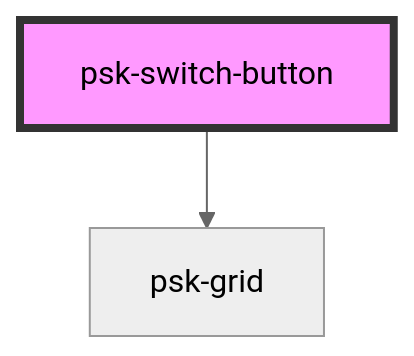
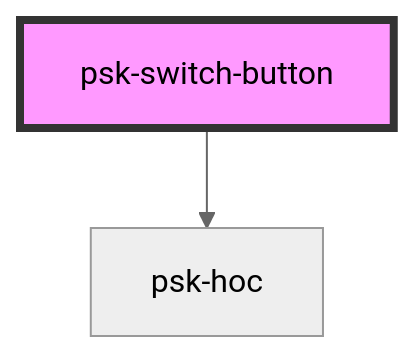
One commit to daniel-visoiu/cardinal changed the diagram in src/components/psk-switch-button/readme.md. Above: the diagram before and after it, drawn with Mermaid (neutral theme). The commit also changed other lines of this file and 3 other files, not shown here.

````diff
--- a/src/components/psk-switch-button/readme.md
+++ b/src/components/psk-switch-button/readme.md
@@ -26,5 +26,5 @@
 ```mermaid
 graph TD;
-  psk-switch-button --> psk-grid
+  psk-switch-button --> psk-hoc
   style psk-switch-button fill:#f9f,stroke:#333,stroke-width:4px
 ```
````
